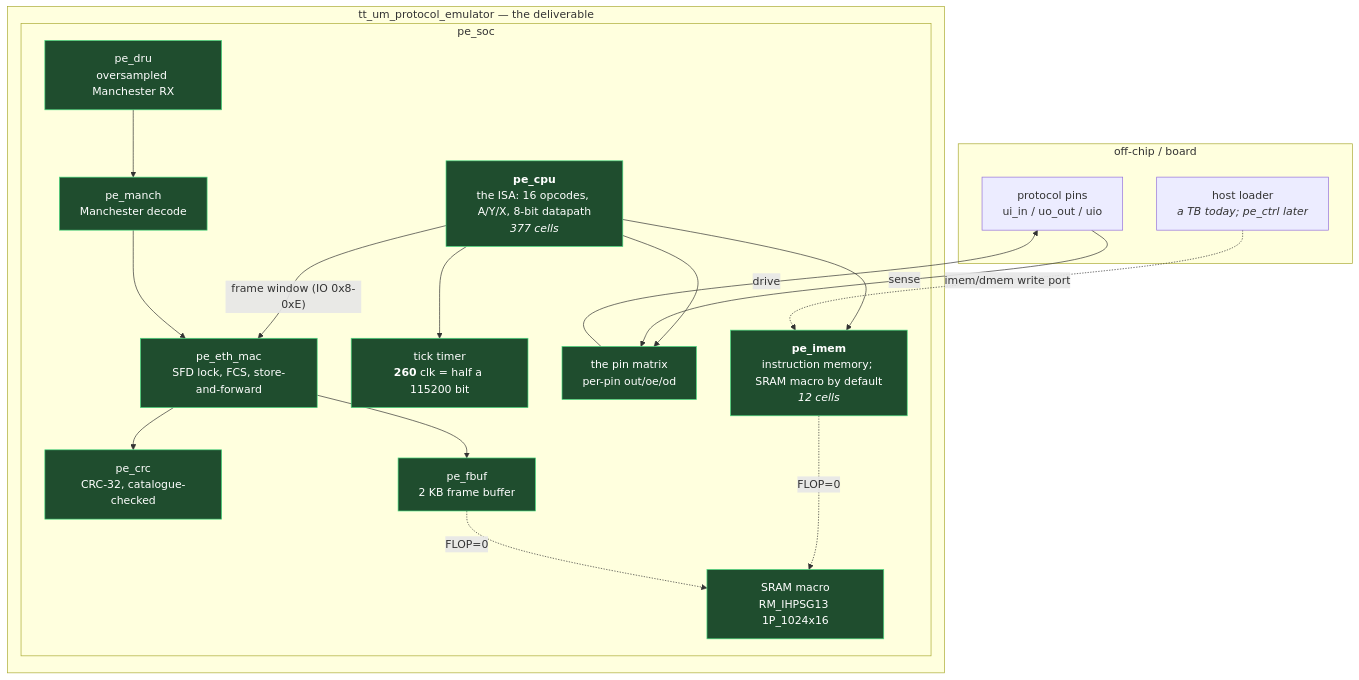
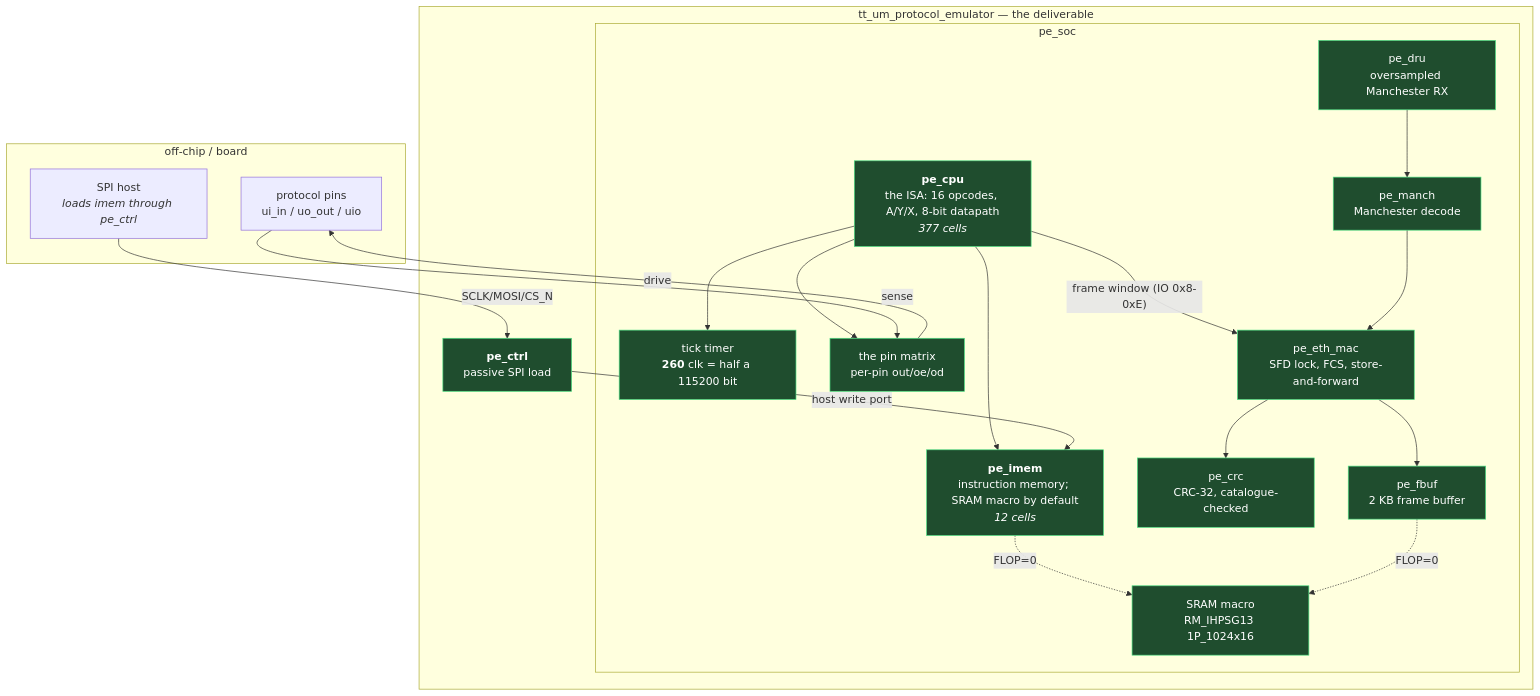
The first of 2 diagrams in wiki/reference/block-diagram.md (smprather/janestreet-blog-serial-protocol-emulator), drawn with Mermaid before and after one commit. The commit also changed other lines of this file and 13 other files, not shown here.

Commit message:
pe_ctrl: a host can clock a program into imem through the pads

````diff
--- a/wiki/reference/block-diagram.md
+++ b/wiki/reference/block-diagram.md
@@ -30,39 +30,41 @@
 ```mermaid
 flowchart TB
     subgraph BOARD["off-chip / board"]
-        HOST["host loader<br/><i>a TB today; pe_ctrl later</i>"]
+        HOST["SPI host<br/><i>loads imem through pe_ctrl</i>"]
         WIRE["protocol pins<br/>ui_in / uo_out / uio"]
     end
 
     subgraph TT["tt_um_protocol_emulator — the deliverable"]
         subgraph SOC["pe_soc"]
             CPU["<b>pe_cpu</b><br/>the ISA: 16 opcodes, A/Y/X, 8-bit datapath<br/><i>377 cells</i>"]
             IMEM["<b>pe_imem</b><br/>instruction memory; SRAM macro by default<br/><i>12 cells</i>"]
             TICK["tick timer<br/><b>260</b> clk = half a 115200 bit"]
             PORT["the pin matrix<br/>per-pin out/oe/od"]
             DRU["pe_dru<br/>oversampled Manchester RX"]
             MANCH["pe_manch<br/>Manchester decode"]
             ETHMAC["pe_eth_mac<br/>SFD lock, FCS, store-and-forward"]
             ETHCRC["pe_crc<br/>CRC-32, catalogue-checked"]
             FBUF["pe_fbuf<br/>2 KB frame buffer"]
             CPU --> IMEM
             CPU --> TICK
             CPU --> PORT
             CPU -->|"frame window (IO 0x8-0xE)"| ETHMAC
             DRU --> MANCH --> ETHMAC
             ETHMAC --> ETHCRC
             ETHMAC --> FBUF
             IMEM -.->|FLOP=0| SRAM
             FBUF -.->|FLOP=0| SRAM
         end
         SRAM["SRAM macro<br/>RM_IHPSG13 1P_1024x16"]
+        CTRL["<b>pe_ctrl</b><br/>passive SPI load"]
     end
 
-    HOST -.->|"imem/dmem write port"| IMEM
+    HOST -->|"SCLK/MOSI/CS_N"| CTRL
+    CTRL -->|"host write port"| IMEM
     PORT -->|"drive"| WIRE
     WIRE -->|"sense"| PORT
 
     classDef built fill:#1f4d2e,stroke:#4ade80,color:#fff
     classDef plan fill:#4a1f1f,stroke:#f87171,color:#fff,stroke-dasharray: 5 5
-    class CPU,IMEM,TICK,PORT,SRAM,DRU,MANCH,ETHMAC,ETHCRC,FBUF built
+    class CPU,IMEM,TICK,PORT,SRAM,DRU,MANCH,ETHMAC,ETHCRC,FBUF,CTRL built
 ```
````
